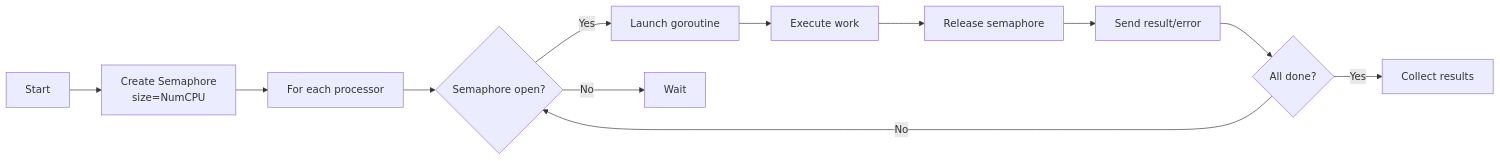
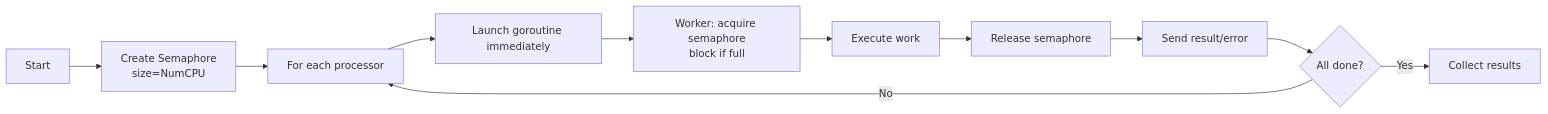
One commit to AtomiCloud/sulfone.boron changed the diagram in docs/developer/features/05-parallel-execution.md. Above: the diagram before and after it, drawn with Mermaid. The commit also changed 27 other files, not shown here.

````diff
--- a/docs/developer/features/05-parallel-execution.md
+++ b/docs/developer/features/05-parallel-execution.md
@@ -30,14 +30,13 @@
 ```mermaid
 flowchart LR
     A[Start] --> B[Create Semaphore<br/>size=NumCPU]
     B --> C[For each processor]
-    C --> D{Semaphore open?}
-    D -->|Yes| E[Launch goroutine]
-    D -->|No| F[Wait]
-    E --> G[Execute work]
+    C --> E[Launch goroutine immediately]
+    E --> F[Worker: acquire semaphore<br/>block if full]
+    F --> G[Execute work]
     G --> H[Release semaphore]
     H --> I[Send result/error]
     I --> J{All done?}
-    J -->|No| D
+    J -->|No| C
     J -->|Yes| K[Collect results]
 ```
````
